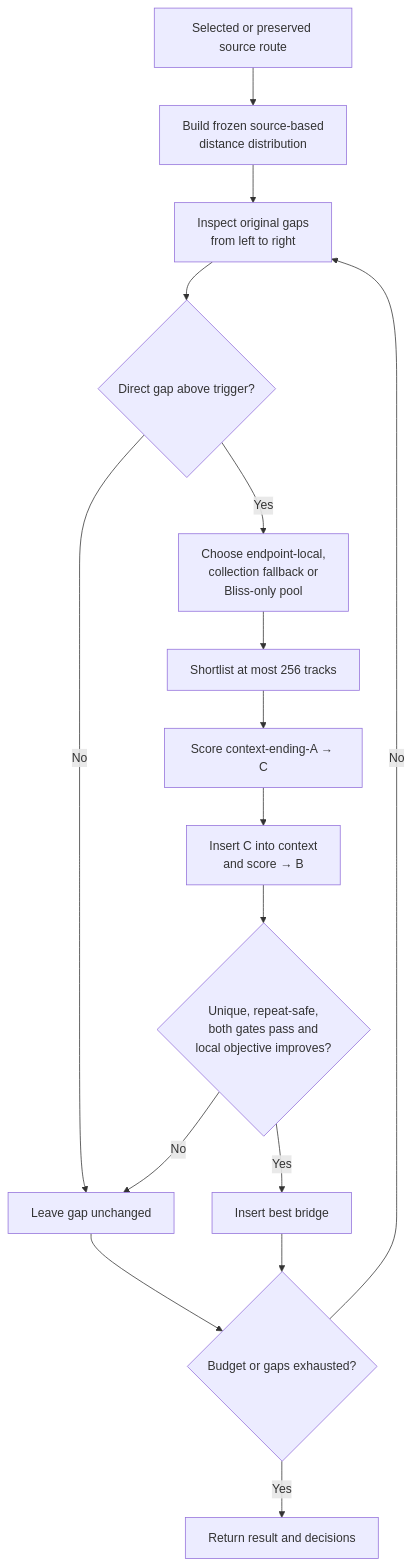
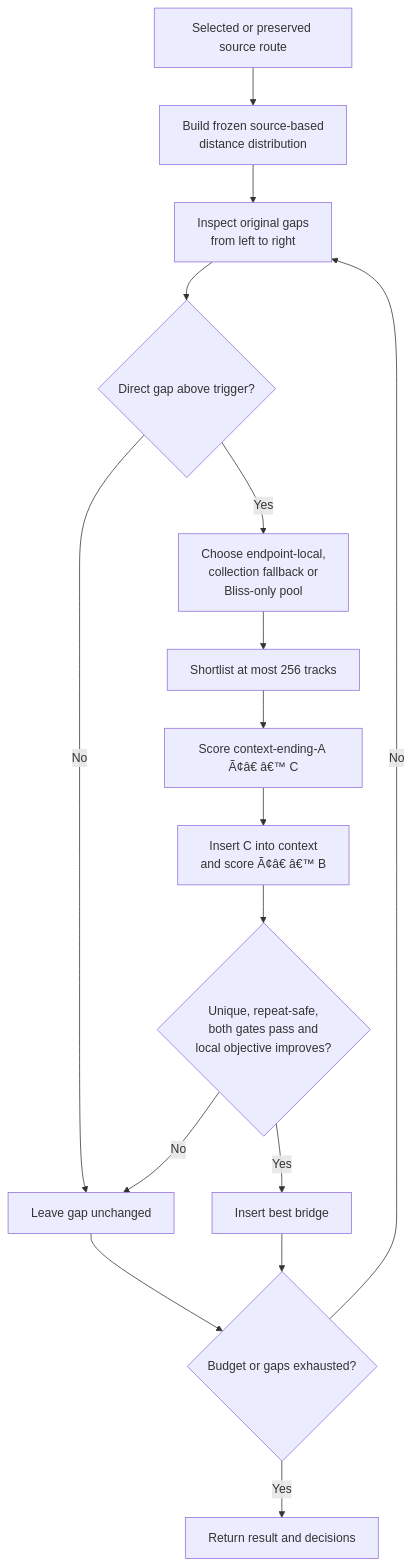
The fourth of 8 diagrams in ALGORITHMS.md (chrober/lms-better-call-bliss), drawn with Mermaid before and after one commit. The commit also changed other lines of this file and 10 other files, not shown here.

```diff
--- a/ALGORITHMS.md
+++ b/ALGORITHMS.md
@@ -258,18 +258,18 @@
 ~~~mermaid
 flowchart TD
     A["Selected or preserved source route"] --> B["Build frozen source-based<br/>distance distribution"]
     B --> C["Inspect original gaps<br/>from left to right"]
     C --> D{"Direct gap above trigger?"}
     D -- No --> N["Leave gap unchanged"]
     D -- Yes --> E["Choose endpoint-local,<br/>collection fallback or<br/>Bliss-only pool"]
     E --> F["Shortlist at most 256 tracks"]
-    F --> G["Score context-ending-A → C"]
-    G --> H["Insert C into context<br/>and score → B"]
+    F --> G["Score context-ending-A Ã¢â€ â€™ C"]
+    G --> H["Insert C into context<br/>and score Ã¢â€ â€™ B"]
     H --> I{"Unique, repeat-safe,<br/>both gates pass and<br/>local objective improves?"}
     I -- No --> N
     I -- Yes --> J["Insert best bridge"]
     J --> K{"Budget or gaps exhausted?"}
     N --> K
     K -- No --> C
     K -- Yes --> R["Return result and decisions"]
 ~~~
```
